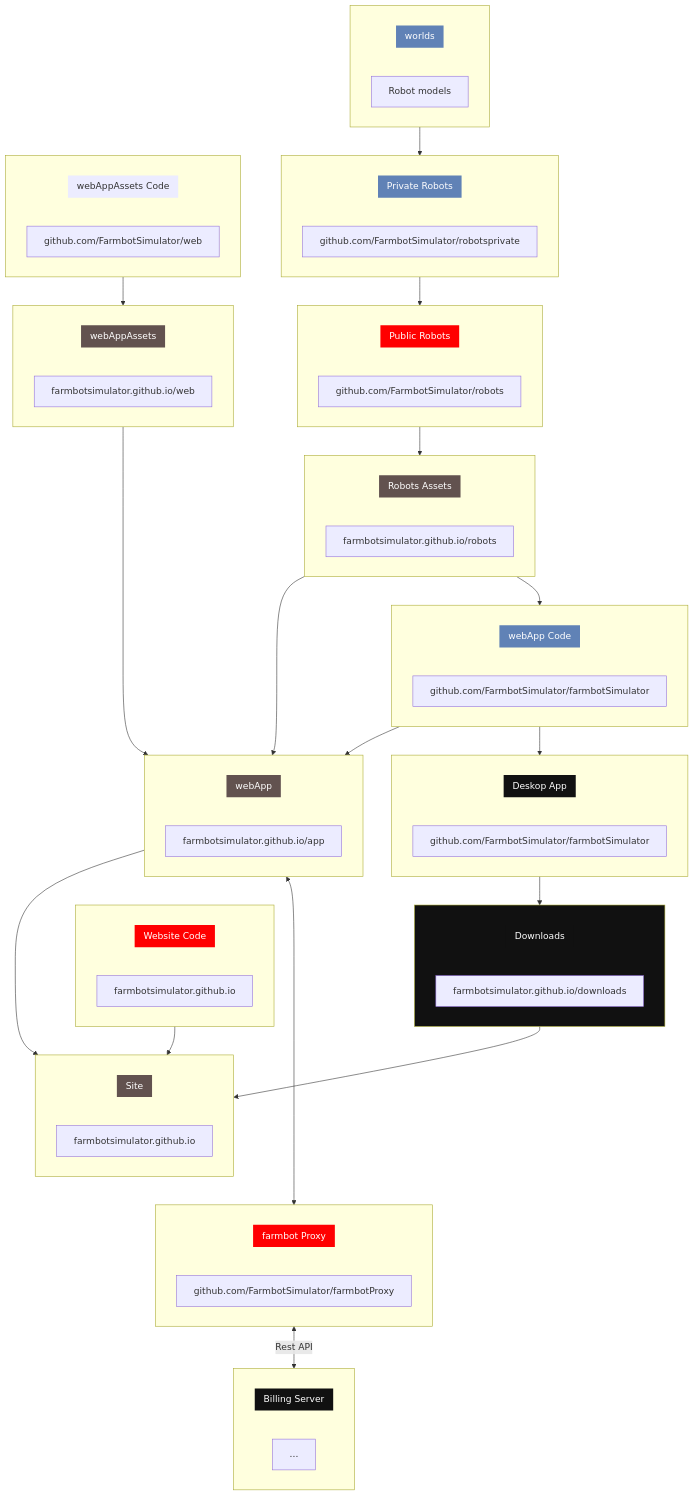
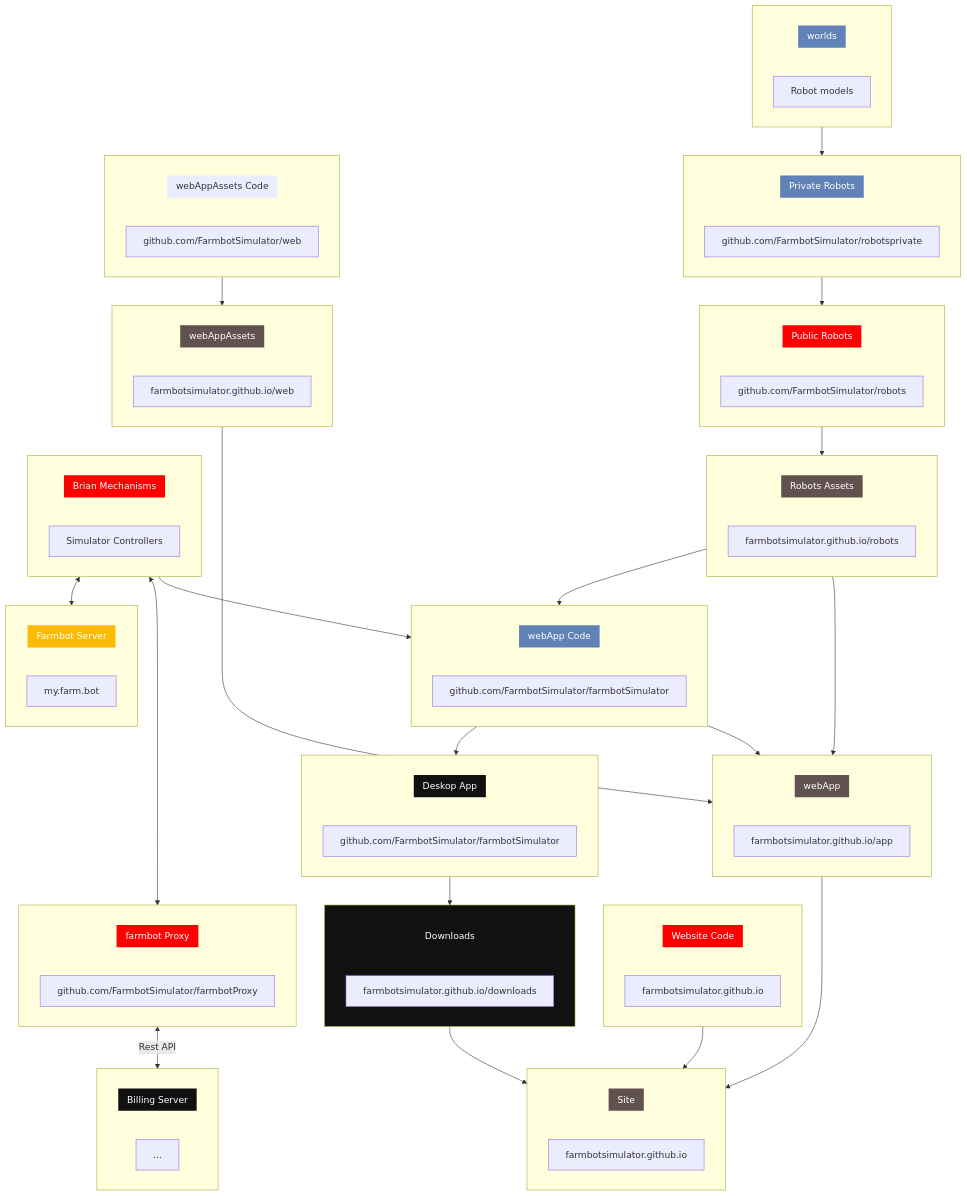
One commit to FarmbotSimulator/.github changed the first of 2 diagrams in profile/README.md. Above: the diagram before and after it, drawn with Mermaid. The commit also changed other lines of this file, not shown here.

````diff
--- a/profile/README.md
+++ b/profile/README.md
@@ -21,6 +21,7 @@
 classDef gray2 fill:#4F625B, color:#fff
 classDef red fill:#f00, color:#fff
 classDef green fill:#111, color:#fff
+classDef yellow fill:#fcba03, color:#fff
 
 subgraph worlds[ ]
     w_A[[worlds<br/> ]]
@@ -122,7 +123,7 @@
 class bs_A borderless
 class billingServer,bs_A green
 
-webApp<---->farmbotProxy
+
 farmbotProxy<--Rest API-->billingServer
 
 
@@ -143,4 +144,26 @@
 click dn_B "https://farmbotsimulator.github.io/downlods" _blank
 class dn_A borderless
 class downloads,dn_A green
+
+
+subgraph brianMechanisms[ ]
+    BM_A[[Brian Mechanisms<br/> ]]
+    BM_B[Simulator Controllers]
+end
+click BM_B "https://github.com/FarmbotSimulator/brian-mechanisms" _blank
+class BM_A borderless
+class brianMechanisms,BM_A red
+brianMechanisms-->webAppCode
+brianMechanisms<---->farmbotProxy
+
+
+subgraph farmbotServer[ ]
+    fS_A[[Farmbot Server<br/> ]]
+    fS_B[my.farm.bot]
+end
+click fS_B "https://my.farm.bot/" _blank
+class fS_A borderless
+class farmbotServer,fS_A yellow
+brianMechanisms<-->farmbotServer
+
 ```
````
